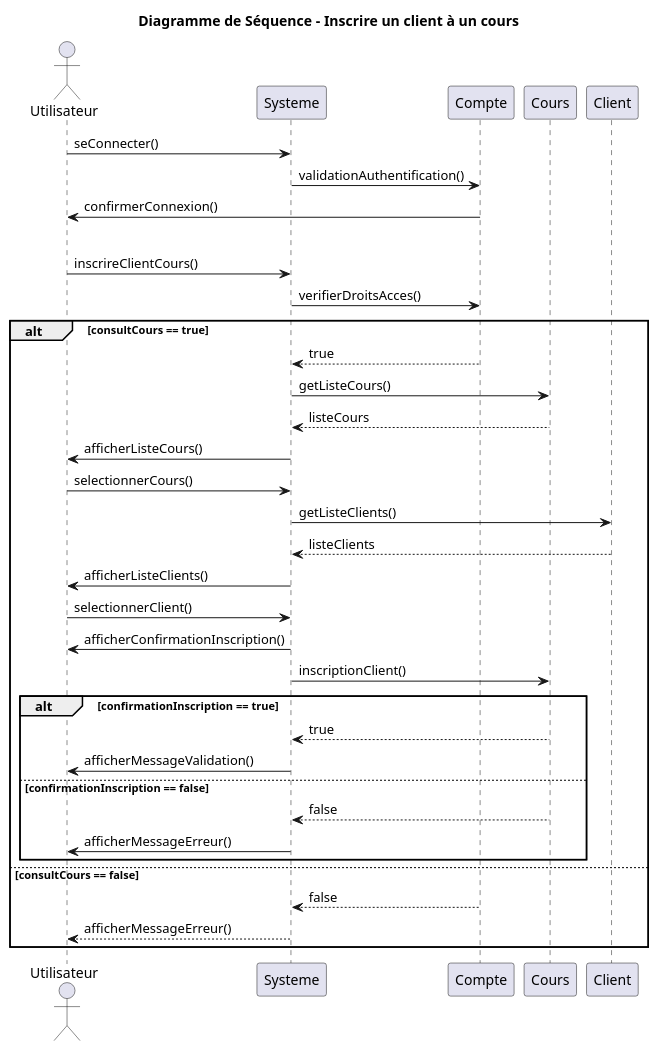
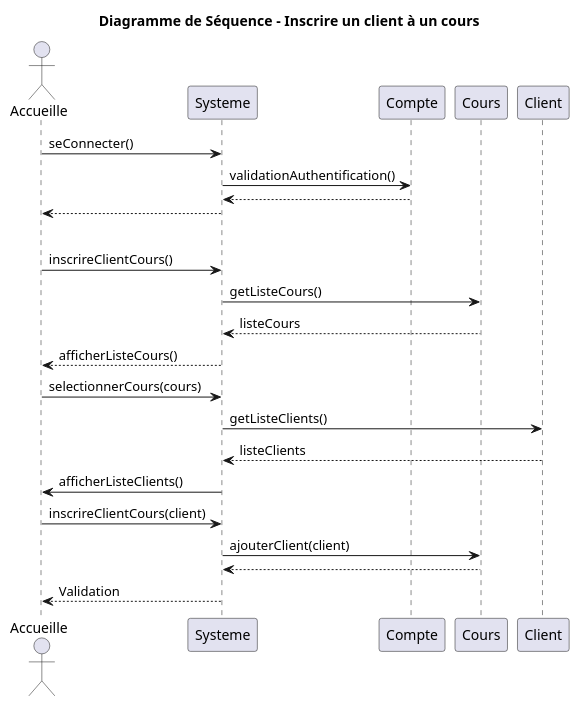
The diagram in UML/Diagramme_séquence_inscrire_client_cours.puml (Egario54/ProjetClubNautique), drawn with PlantUML before and after one commit. The commit also changed 31 other files, not shown here.

Commit message:
standardisation des retours dans les diagrammes

```diff
--- a/UML/Diagramme_séquence_inscrire_client_cours.puml
+++ b/UML/Diagramme_séquence_inscrire_client_cours.puml
@@ -1,43 +1,31 @@
 @startuml
 title Diagramme de Séquence - Inscrire un client à un cours
-actor Utilisateur
+actor Accueille
 participant Systeme
 participant Compte
 participant Cours
 participant Client
 
 'Connexion à un compte'
-Utilisateur -> Systeme: seConnecter()
+Accueille -> Systeme: seConnecter()
 Systeme -> Compte: validationAuthentification()
-Compte -> Utilisateur: confirmerConnexion()
+return
+Systeme --> Accueille
 
 'Séparation'
 |||
 
 'Inscrire un client à un cour par propriétaire et moniteur'
-Utilisateur -> Systeme: inscrireClientCours()
-Systeme -> Compte : verifierDroitsAcces()
-alt consultCours == true
-    Compte --> Systeme : true
-    Systeme -> Cours : getListeCours()
-    Cours --> Systeme : listeCours
-    Systeme -> Utilisateur : afficherListeCours()
-    Utilisateur -> Systeme : selectionnerCours()
-    Systeme -> Client : getListeClients()
-    Client --> Systeme : listeClients
-    Systeme -> Utilisateur : afficherListeClients()
-    Utilisateur -> Systeme : selectionnerClient()
-    Systeme -> Utilisateur : afficherConfirmationInscription()
-    Systeme -> Cours : inscriptionClient()
-    alt confirmationInscription == true
-        Cours --> Systeme : true
-        Systeme -> Utilisateur : afficherMessageValidation()
-    else confirmationInscription == false
-        Cours --> Systeme : false
-        Systeme -> Utilisateur : afficherMessageErreur()
-    end
-else consultCours == false
-    Compte --> Systeme : false
-    Systeme --> Utilisateur : afficherMessageErreur()
-end
+Accueille -> Systeme: inscrireClientCours()
+        Systeme -> Cours : getListeCours()
+        Cours --> Systeme : listeCours
+        Systeme --> Accueille : afficherListeCours()
+        Accueille -> Systeme : selectionnerCours(cours)
+        Systeme -> Client : getListeClients()
+        Client --> Systeme : listeClients
+        Systeme -> Accueille : afficherListeClients()
+        Accueille -> Systeme : inscrireClientCours(client)
+        Systeme -> Cours : ajouterClient(client)
+        return
+        Systeme --> Accueille : Validation
 @enduml
```
